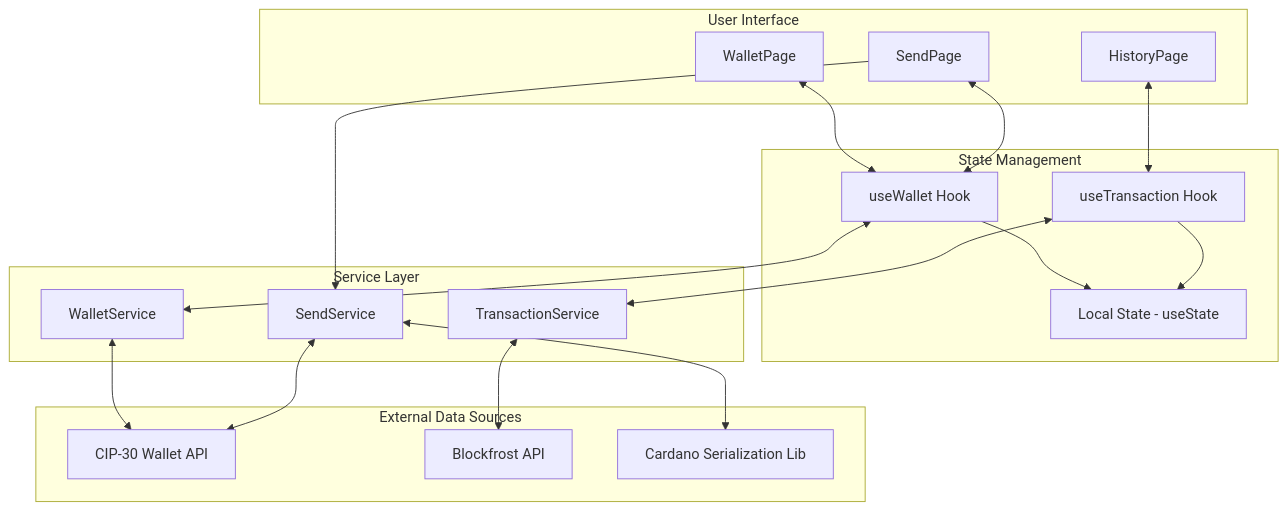
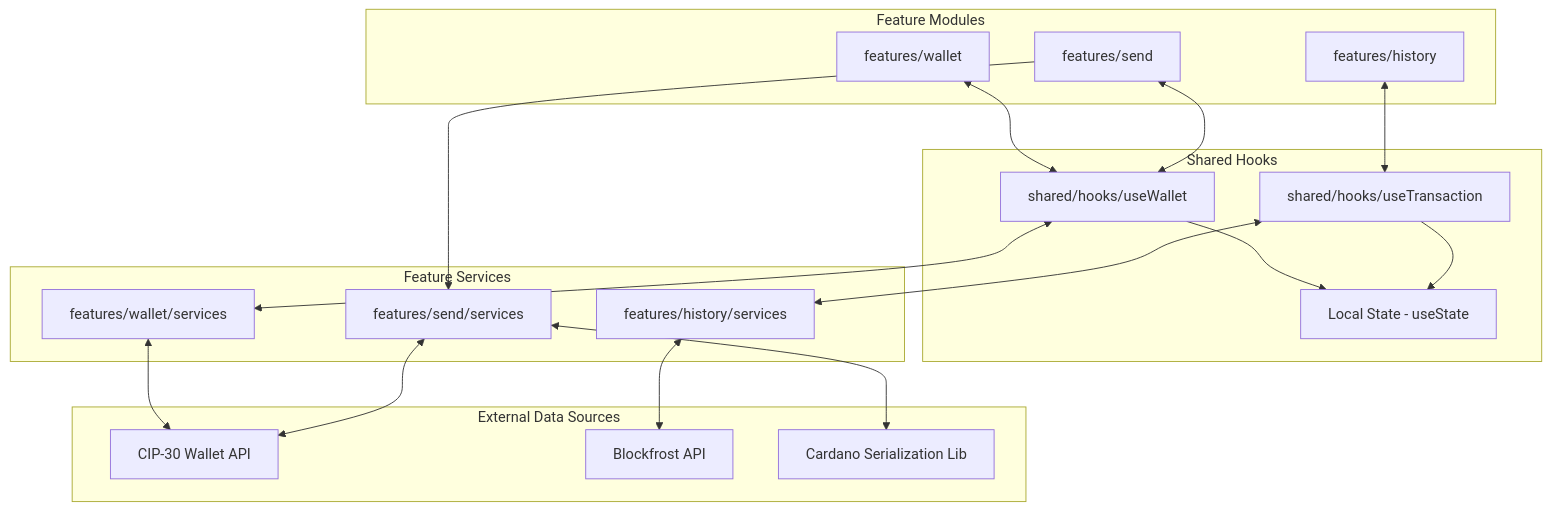
The first of 5 diagrams in docs/data-flow.md (HyeonHo-Park/cardano-basic-dapp-1), drawn with Mermaid before and after one commit. The commit also changed other lines of this file and 6 other files, not shown here.

````diff
--- a/docs/data-flow.md
+++ b/docs/data-flow.md
@@ -5,42 +5,42 @@
 ```mermaid
 flowchart TD
-    subgraph "User Interface"
-        WP[WalletPage]
-        SP[SendPage]
-        HP[HistoryPage]
+    subgraph "Feature Modules"
+        WF[features/wallet]
+        SF[features/send]
+        HF[features/history]
     end
 
-    subgraph "State Management"
-        UW[useWallet Hook]
-        UT[useTransaction Hook]
+    subgraph "Shared Hooks"
+        UW[shared/hooks/useWallet]
+        UT[shared/hooks/useTransaction]
         LS[Local State - useState]
     end
 
-    subgraph "Service Layer"
-        WS[WalletService]
-        SS[SendService]
-        TS[TransactionService]
+    subgraph "Feature Services"
+        WS[features/wallet/services]
+        SS[features/send/services]
+        TS[features/history/services]
     end
 
     subgraph "External Data Sources"
         CIP30[CIP-30 Wallet API]
         BF[Blockfrost API]
         CSL[Cardano Serialization Lib]
     end
 
-    WP <--> UW
-    SP <--> UW
-    SP --> SS
-    HP <--> UT
+    WF <--> UW
+    SF <--> UW
+    SF --> SS
+    HF <--> UT
 
     UW <--> WS
     UT <--> TS
 
     WS <--> CIP30
     SS <--> CIP30
     SS <--> CSL
     TS <--> BF
 
     UW --> LS
     UT --> LS
 ```
````
